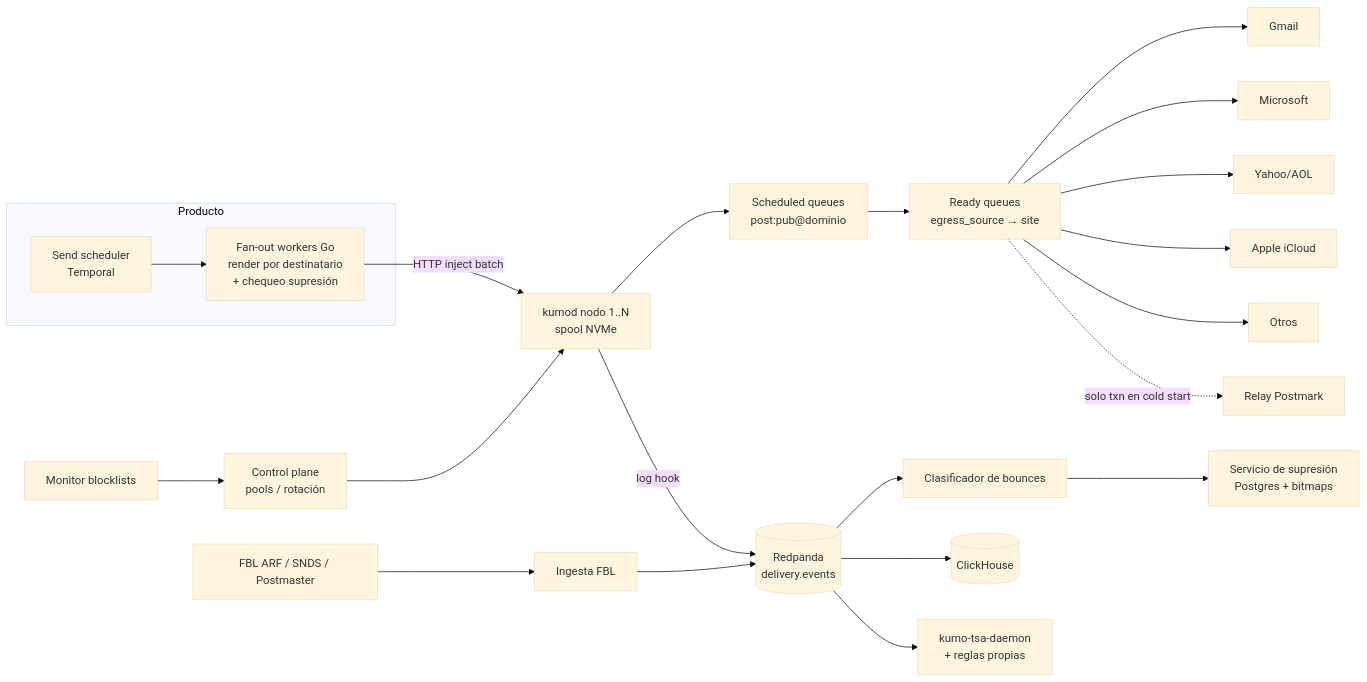
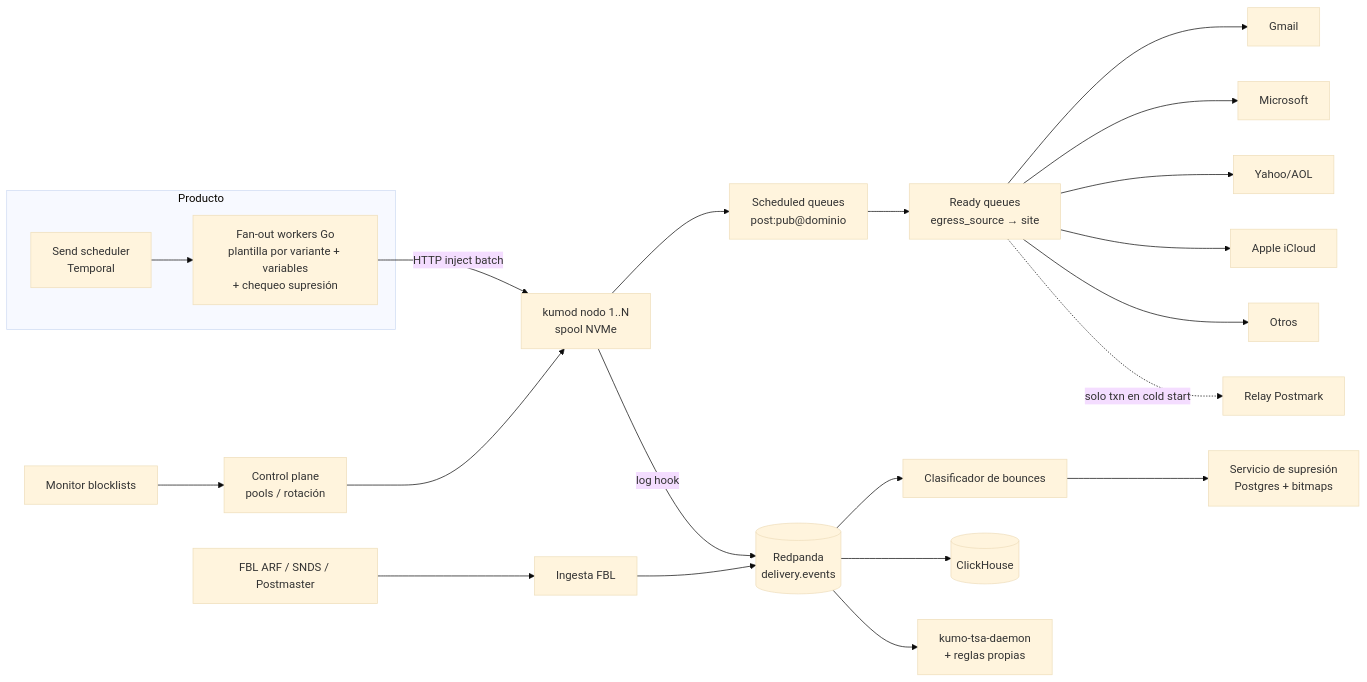
One commit to Lucasgvdii/cowok changed the first of 2 diagrams in design/DELIVERABILITY.md. Above: the diagram before and after it, drawn with Mermaid (base theme). The commit also changed other lines of this file and 25 other files, not shown here.

````diff
--- a/design/DELIVERABILITY.md
+++ b/design/DELIVERABILITY.md
@@ -34,18 +34,18 @@
 ```mermaid
 flowchart LR
   subgraph Producto
-    S[Send scheduler<br/>Temporal] --> F[Fan-out workers Go<br/>render por destinatario<br/>+ chequeo supresión]
+    S[Send scheduler<br/>Temporal] --> F[Fan-out workers Go<br/>plantilla por variante + variables<br/>+ chequeo supresión]
   end
   F -->|HTTP inject batch| K1[kumod nodo 1..N<br/>spool NVMe]
   K1 --> Q[Scheduled queues<br/>post:pub@dominio]
   Q --> R[Ready queues<br/>egress_source → site]
   R --> G[Gmail] & M[Microsoft] & Y[Yahoo/AOL] & A[Apple iCloud] & O[Otros]
   R -.->|solo txn en cold start| P[Relay Postmark]
   K1 -->|log hook| RP[(Redpanda<br/>delivery.events)]
   FBL[FBL ARF / SNDS / Postmaster] --> ING[Ingesta FBL] --> RP
   RP --> BC[Clasificador de bounces] --> SUP[Servicio de supresión<br/>Postgres + bitmaps]
   RP --> CH[(ClickHouse)]
   RP --> TSA[kumo-tsa-daemon<br/>+ reglas propias]
   BL[Monitor blocklists] --> CTL[Control plane<br/>pools / rotación]
   CTL --> K1
 ```
````
